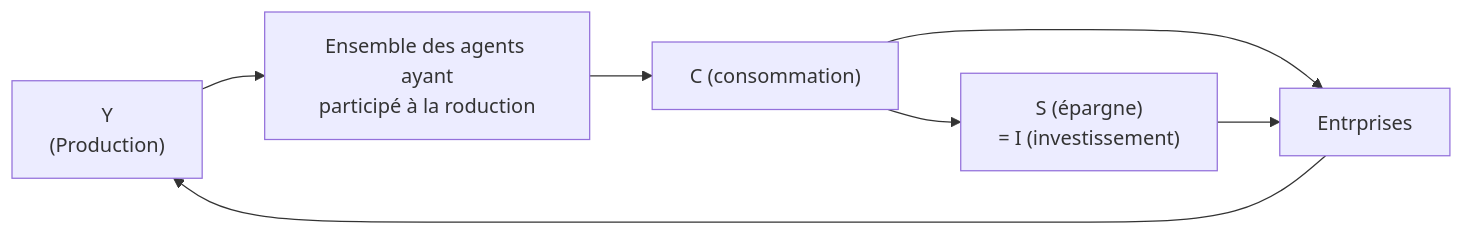
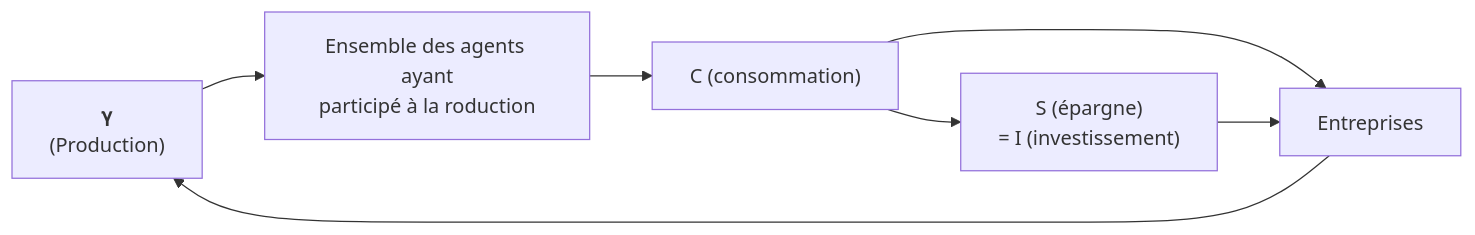
The diagram in eco/ch2/g1.md (fiches-me/cpes), drawn with Mermaid before and after one commit. The commit also changed other lines of this file and 5 other files, not shown here.

````diff
--- a/eco/ch2/g1.md
+++ b/eco/ch2/g1.md
@@ -19,8 +20,8 @@
 ```mermaid
 flowchart LR
-    A["Y<br>(Production)"] --> n1["Ensemble des agents ayant<br>participé à la roduction"]
+    A["𝛄<br>(Production)"] --> n1["Ensemble des agents ayant<br>participé à la roduction"]
     n1 --> n2["C (consommation)"]
-    n2 --> n3["Entrprises"] & n4["S (épargne)<br>= I (investissement)"]
+    n2 --> n3["Entreprises"] & n4["S (épargne)<br>= I (investissement)"]
     n3 --> A
     n4 --> n3
 ```
````
